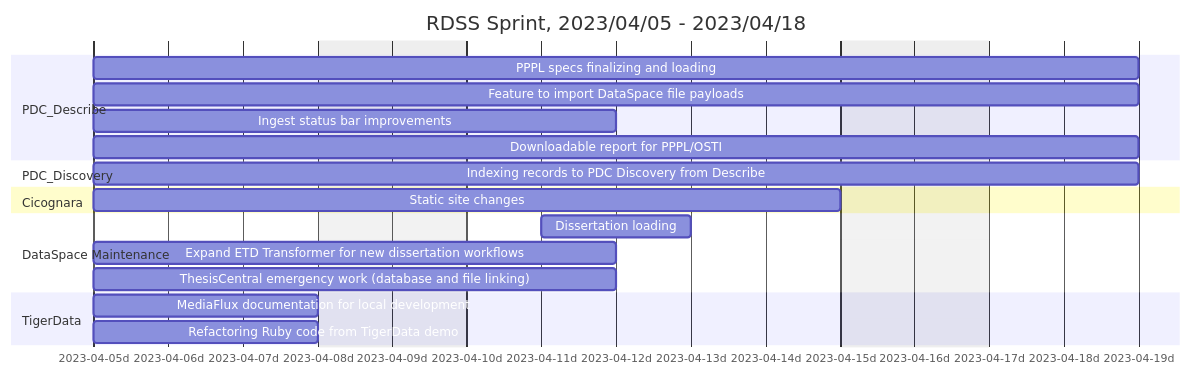
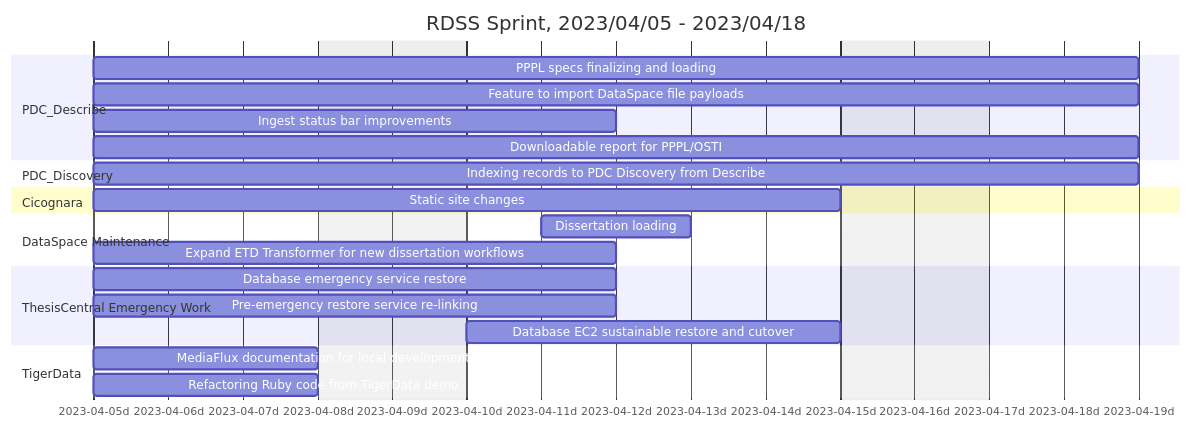
Before and after one commit to pulibrary/rdss-handbook: the second of 20 diagrams in roadmap.md, drawn with Mermaid. The commit also changed other lines of this file, not shown here.

````diff
--- a/roadmap.md
+++ b/roadmap.md
@@ -44,23 +44,26 @@
 ```mermaid
 gantt
     title RDSS Sprint, 2023/04/05 - 2023/04/18
     axisFormat  %Y-%m-%dd
     dateformat YYYY-MM-DD
     excludes    weekends
     section PDC_Describe
     PPPL specs finalizing and loading: pdc1, 2023-04-05, 10d
     Feature to import DataSpace file payloads: pdc2, 2023-04-05, 10d
     Ingest status bar improvements: pdc3, 2023-04-05, 5d
     Downloadable report for PPPL/OSTI: pdc4, 2023-04-05, 10d
     section PDC_Discovery
     Indexing records to PDC Discovery from Describe: pdd3, 2023-04-05, 10d
     section Cicognara
     Static site changes: cic1, 2023-04-05, 8d
     section DataSpace Maintenance
     Dissertation loading: dsp1, 2023-04-11, 2d
     Expand ETD Transformer for new dissertation workflows: dsp2, 2023-04-05, 5d
-    ThesisCentral emergency work (database and file linking): dsp3, 2023-04-05, 5d
+    section ThesisCentral Emergency Work
+    Database emergency service restore: tc1, 2023-04-05, 5d
+    Pre-emergency restore service re-linking: tc2, 2023-04-05, 5d
+    Database EC2 sustainable restore and cutover: tc3, 2023-04-10, 5d
     section TigerData
     MediaFlux documentation for local development: td1, 2023-04-05, 3d
     Refactoring Ruby code from TigerData demo: td2, 2023-04-05, 3d
 ```
````
